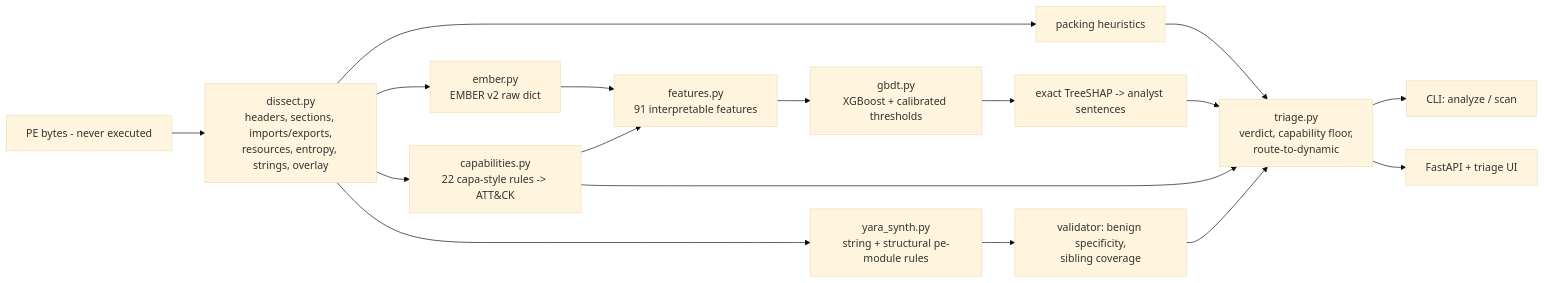
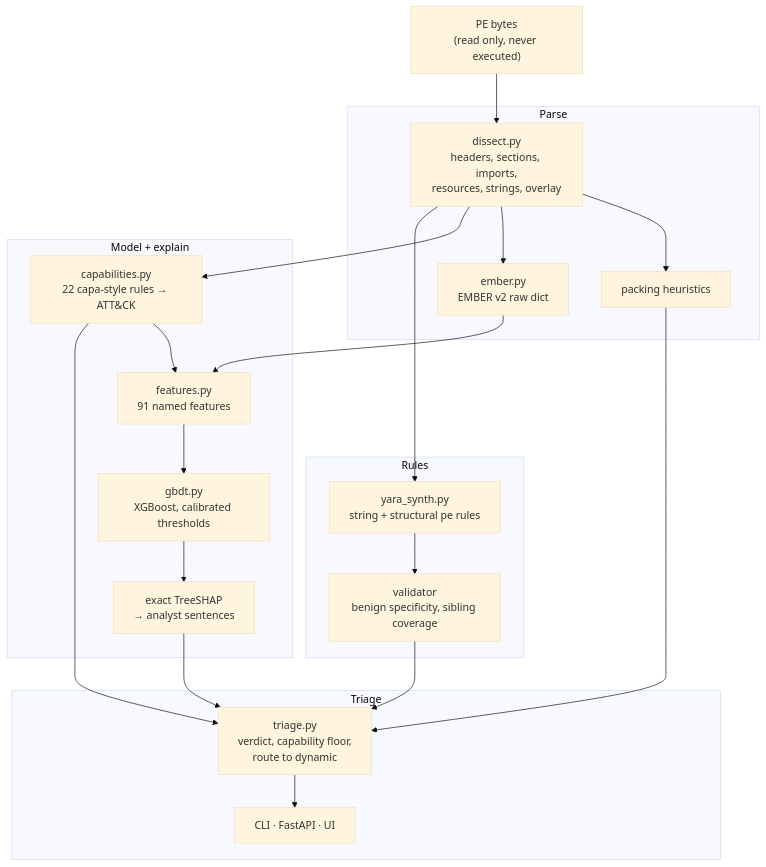
Before and after one commit to rakshit-737/vitrine: the diagram in README.md, drawn with Mermaid (base theme). The commit also changed other lines of this file and 4 other files, not shown here.

First line of the commit message:
docs: readable top-to-bottom architecture diagram with quoted labels; drop unsourced pefile/speed figures

````diff
--- a/README.md
+++ b/README.md
@@ -112,19 +112,33 @@
 ```mermaid
-flowchart LR
-  F[PE bytes - never executed] --> D[dissect.py<br/>headers, sections, imports/exports,<br/>resources, entropy, strings, overlay]
-  D --> P[packing heuristics]
-  D --> CAP[capabilities.py<br/>22 capa-style rules -> ATT&CK]
-  D --> E[ember.py<br/>EMBER v2 raw dict]
-  E --> FE[features.py<br/>91 interpretable features]
+flowchart TB
+  F["PE bytes<br/>(read only, never executed)"] --> D
+  subgraph Parse
+    D["dissect.py<br/>headers, sections, imports,<br/>resources, strings, overlay"]
+    P["packing heuristics"]
+    E["ember.py<br/>EMBER v2 raw dict"]
+  end
+  subgraph Model["Model + explain"]
+    CAP["capabilities.py<br/>22 capa-style rules → ATT&CK"]
+    FE["features.py<br/>91 named features"]
+    ML["gbdt.py<br/>XGBoost, calibrated thresholds"]
+    SH["exact TreeSHAP<br/>→ analyst sentences"]
+  end
+  subgraph Rules
+    YG["yara_synth.py<br/>string + structural pe rules"]
+    VAL["validator<br/>benign specificity, sibling coverage"]
+  end
+  subgraph Triage
+    T["triage.py<br/>verdict, capability floor,<br/>route to dynamic"]
+    OUT["CLI · FastAPI · UI"]
+  end
+  D --> P
+  D --> E
+  D --> CAP
+  E --> FE
   CAP --> FE
-  FE --> ML[gbdt.py<br/>XGBoost + calibrated thresholds]
-  ML --> SH[exact TreeSHAP -> analyst sentences]
-  D --> YG[yara_synth.py<br/>string + structural pe-module rules]
-  YG --> VAL[validator: benign specificity,<br/>sibling coverage]
-  P --> T[triage.py<br/>verdict, capability floor,<br/>route-to-dynamic]
-  SH --> T
+  FE --> ML --> SH --> T
+  D --> YG --> VAL --> T
+  P --> T
   CAP --> T
-  VAL --> T
-  T --> CLI[CLI: analyze / scan]
-  T --> API[FastAPI + triage UI]
+  T --> OUT
 ```
````
